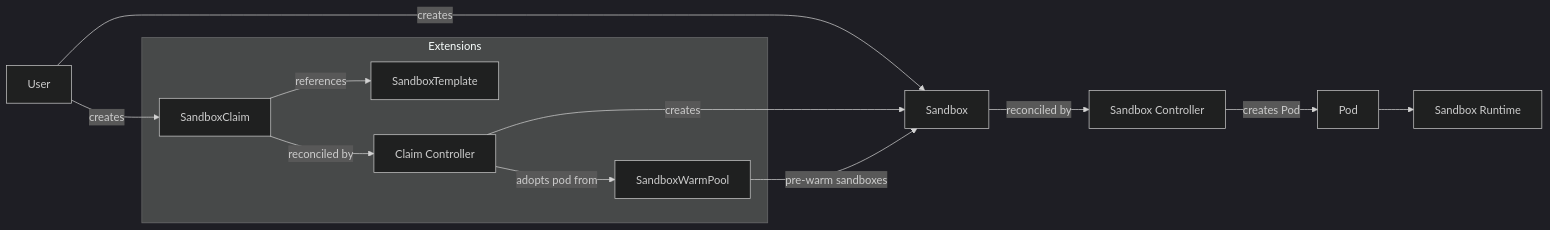
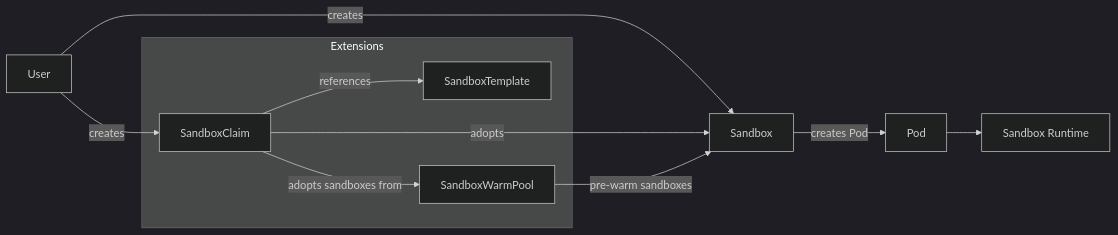
One commit to kubernetes-sigs/agent-sandbox changed the diagram in README.md. Above: the diagram before and after it, drawn with Mermaid (dark theme).

Commit message:
simplify

````diff
--- a/README.md
+++ b/README.md
@@ -46,44 +46,38 @@
 ```mermaid
 flowchart LR
 
     User[User]
 
     Claim[SandboxClaim]
     Template[SandboxTemplate]
     Sandbox[Sandbox]
 
-    ClaimController[Claim Controller]
-    Controller[Sandbox Controller]
-
     Pod[Pod]
     Runtime[Sandbox Runtime]
 
     WarmPool[SandboxWarmPool]
 
     subgraph Extensions[Extensions]
       Claim
       Template
-      ClaimController
       WarmPool
     end
 
     %% User paths
     User -->|creates| Sandbox
     User -->|creates| Claim
 
     %% Claim workflow
     Claim -->|references| Template
-    Claim -->|reconciled by| ClaimController
-    ClaimController -->|creates| Sandbox
+    Claim -->|adopts| Sandbox
 
     %% Pod handling
-    ClaimController -->|adopts pod from| WarmPool
-    Sandbox -->|reconciled by| Controller
-    Controller -->|creates Pod| Pod
+    Claim -->|adopts sandboxes from| WarmPool
+    Sandbox -->|creates Pod| Pod
 
     %% Runtime
     Pod --> Runtime
 
     %% Warm pool
     WarmPool -->|pre-warm sandboxes| Sandbox
 ```
````
